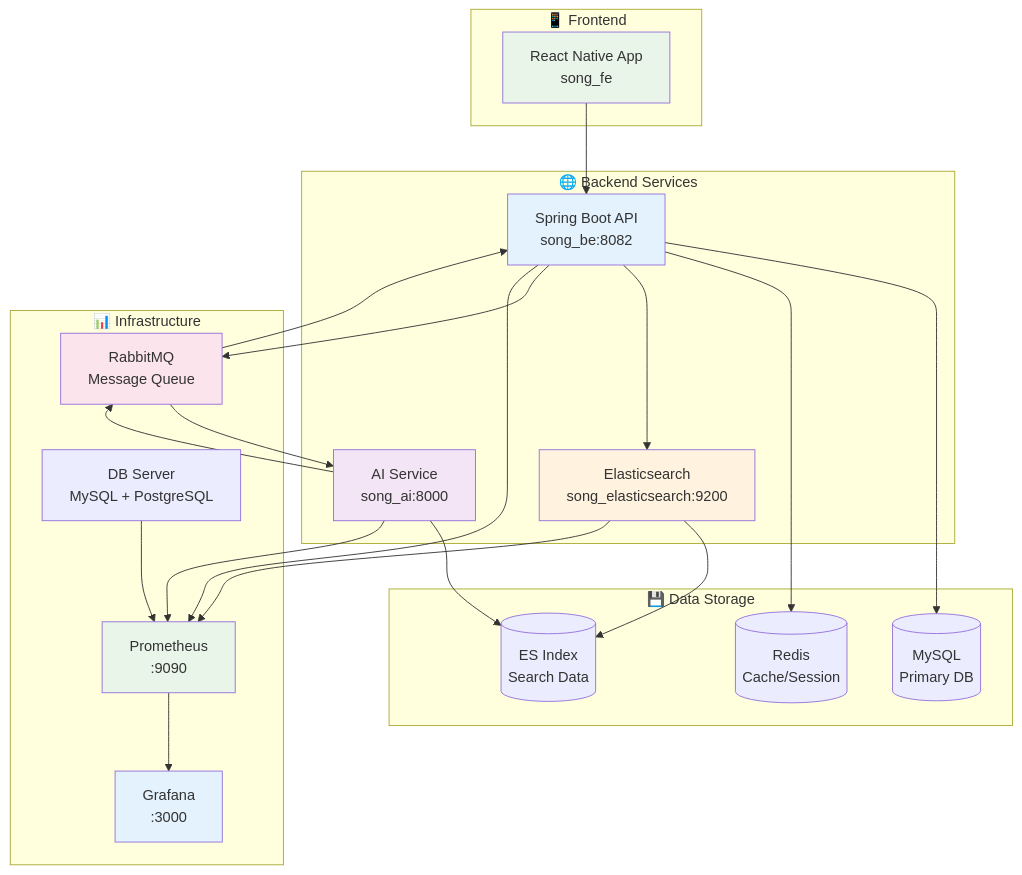
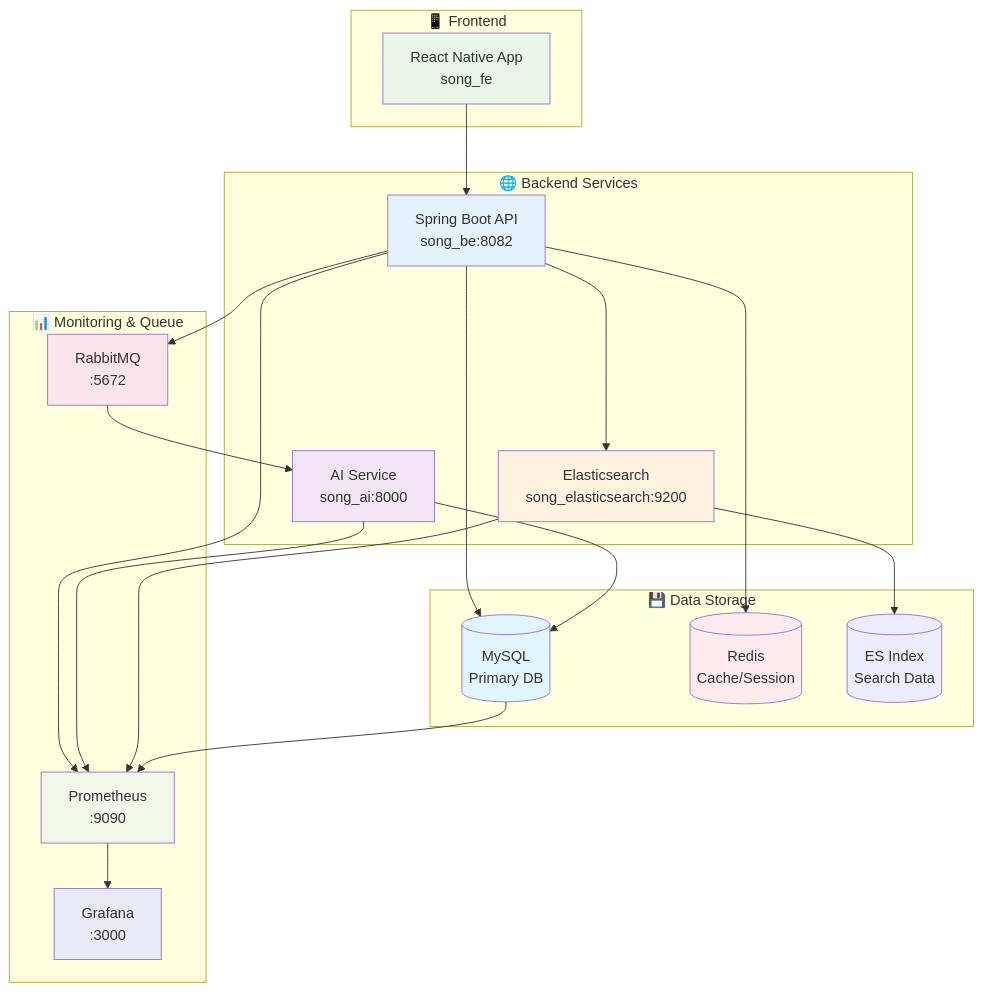
Before and after one commit to Zara8170/songs_be: the first of 3 diagrams in README.md, drawn with Mermaid.

Commit message:
readme 수정

````diff
--- a/README.md
+++ b/README.md
@@ -100,58 +100,57 @@
 ```mermaid
 graph TB
     subgraph "📱 Frontend"
         FE[React Native App<br/>song_fe]
     end
 
     subgraph "🌐 Backend Services"
         BE[Spring Boot API<br/>song_be:8082]
         AI[AI Service<br/>song_ai:8000]
         ES[Elasticsearch<br/>song_elasticsearch:9200]
     end
 
     subgraph "💾 Data Storage"
         MySQL[(MySQL<br/>Primary DB)]
         Redis[(Redis<br/>Cache/Session)]
-        ESData[(ES Index<br/>Search Data)]
+        ESIndex[(ES Index<br/>Search Data)]
     end
 
-    subgraph "📊 Infrastructure"
-        RMQ[RabbitMQ<br/>Message Queue]
+    subgraph "📊 Monitoring & Queue"
+        RMQ[RabbitMQ<br/>:5672]
         PROM[Prometheus<br/>:9090]
         GRAF[Grafana<br/>:3000]
-        DB_SERVER[DB Server<br/>MySQL + PostgreSQL]
     end
 
-    %% Frontend to Backend
+    %% Client requests
     FE --> BE
 
-    %% Backend to Storage
+    %% Backend data access
     BE --> MySQL
     BE --> Redis
     BE --> ES
 
-    %% Async communication via RabbitMQ
+    %% AI service communication
     BE --> RMQ
     RMQ --> AI
-    AI --> RMQ
-    RMQ --> BE
+    AI --> MySQL
 
-    %% Search data flow
-    AI --> ESData
-    ES --> ESData
+    %% Search engine data flow
+    ES --> ESIndex
 
-    %% Monitoring connections
+    %% Monitoring (all services)
     BE --> PROM
     AI --> PROM
     ES --> PROM
-    DB_SERVER --> PROM
+    MySQL --> PROM
     PROM --> GRAF
 
+    style FE fill:#e8f5e8
     style BE fill:#e3f2fd
     style AI fill:#f3e5f5
     style ES fill:#fff3e0
-    style FE fill:#e8f5e8
+    style MySQL fill:#e1f5fe
+    style Redis fill:#ffebee
     style RMQ fill:#fce4ec
-    style PROM fill:#e8f5e8
-    style GRAF fill:#e3f2fd
+    style PROM fill:#f1f8e9
+    style GRAF fill:#e8eaf6
 ```
````
